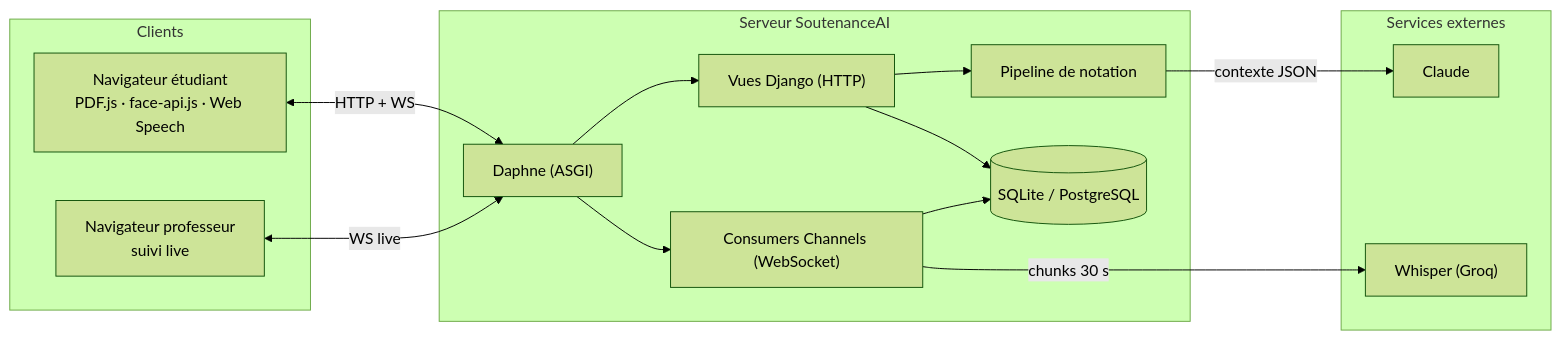
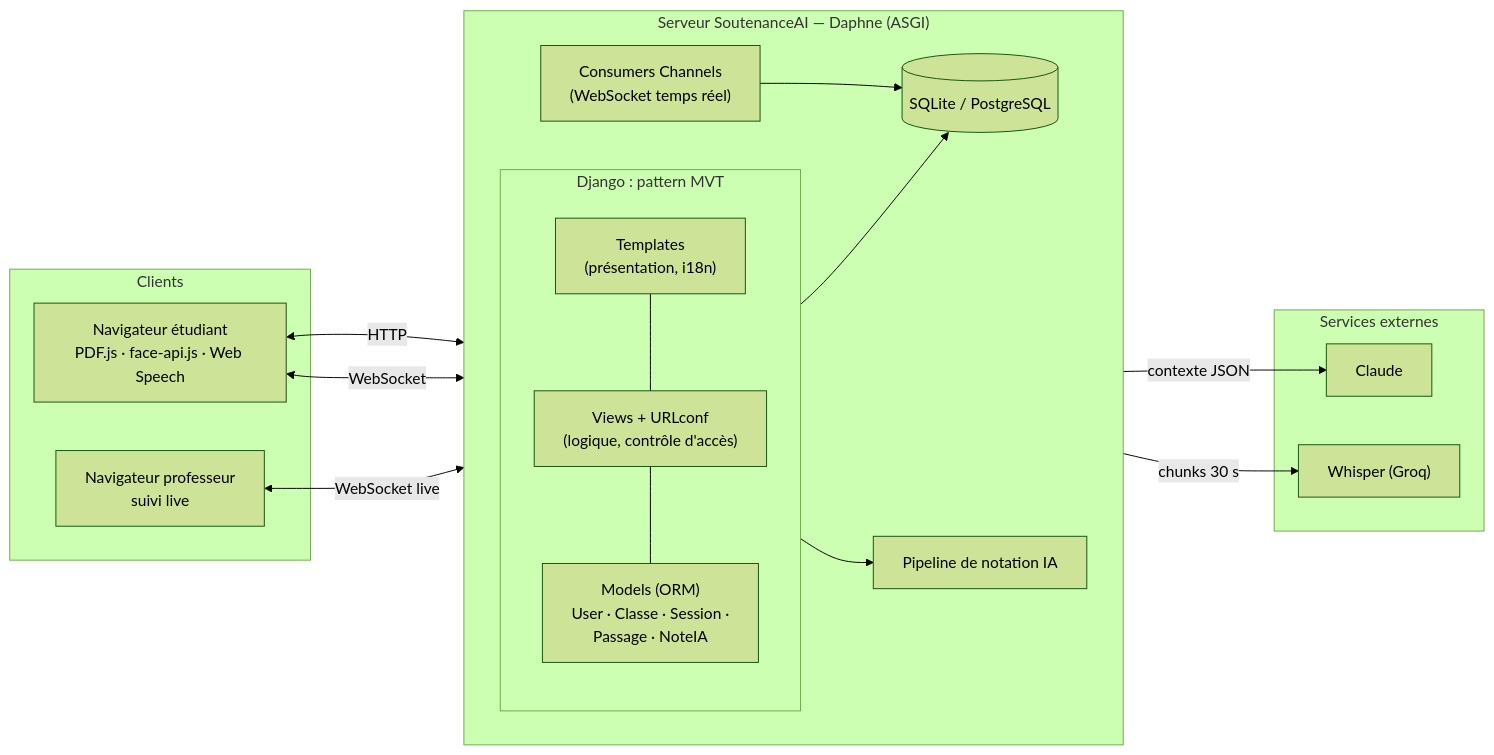
The first of 2 diagrams in presentation.md (ZIADEA/SOUTENANCENNOTATIONBYAI), drawn with Mermaid (forest theme) before and after one commit. The commit also changed other lines of this file, not shown here.

Commit message:
presentation: slide 5 integre le pattern MVT dans le diagramme d architecture

````diff
--- a/presentation.md
+++ b/presentation.md
@@ -70,27 +71,32 @@
 ```mermaid
 flowchart LR
     subgraph Clients
         E["Navigateur étudiant<br>PDF.js · face-api.js · Web Speech"]
         P["Navigateur professeur<br>suivi live"]
     end
-    subgraph "Serveur SoutenanceAI"
-        D["Daphne (ASGI)"]
-        V["Vues Django (HTTP)"]
-        C["Consumers Channels (WebSocket)"]
-        PL["Pipeline de notation"]
+    subgraph "Serveur SoutenanceAI — Daphne (ASGI)"
+        direction LR
+        subgraph "Django : pattern MVT"
+            direction TB
+            T["Templates<br>(présentation, i18n)"]
+            V["Views + URLconf<br>(logique, contrôle d'accès)"]
+            M["Models (ORM)<br>User · Classe · Session ·<br>Passage · NoteIA"]
+            T --- V --- M
+        end
+        C["Consumers Channels<br>(WebSocket temps réel)"]
+        PL["Pipeline de notation IA"]
         DB[("SQLite / PostgreSQL")]
+        M --> DB
+        V --> PL
+        C --> DB
     end
     subgraph "Services externes"
         CL["Claude"]
         W["Whisper (Groq)"]
     end
-    E <-->|HTTP + WS| D
-    P <-->|WS live| D
-    D --> V
-    D --> C
-    V --> PL
-    V --> DB
-    C --> DB
+    E <-->|HTTP| V
+    E <-->|WebSocket| C
+    P <-->|WebSocket live| C
     C -->|chunks 30 s| W
     PL -->|contexte JSON| CL
 ```
````
